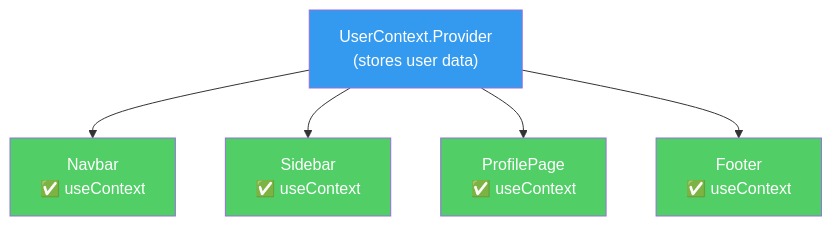
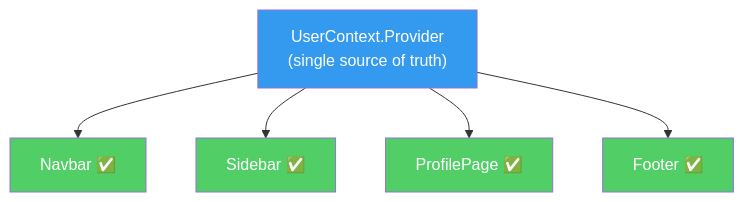
One commit to vaishali86c/React-revision-book changed diagram 11 of 21 in REACT-HOOKS-DEEP-DIVE.md. Above: the diagram before and after it, drawn with Mermaid. The commit also changed other lines of this file, not shown here.

````diff
--- a/REACT-HOOKS-DEEP-DIVE.md
+++ b/REACT-HOOKS-DEEP-DIVE.md
@@ -391,13 +392,13 @@
 ```mermaid
 graph TD
-    A["UserContext.Provider\n(stores user data)"] --> B["Navbar\n✅ useContext"]
-    A --> C["Sidebar\n✅ useContext"]
-    A --> D["ProfilePage\n✅ useContext"]
-    A --> E["Footer\n✅ useContext"]
+    A["UserContext.Provider\n(single source of truth)"] --> B["Navbar ✅"]
+    A --> C["Sidebar ✅"]
+    A --> D["ProfilePage ✅"]
+    A --> E["Footer ✅"]
 
     style A fill:#339af0,color:#fff
     style B fill:#51cf66,color:#fff
     style C fill:#51cf66,color:#fff
     style D fill:#51cf66,color:#fff
     style E fill:#51cf66,color:#fff
 ```
````
